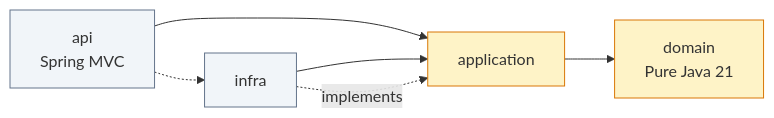
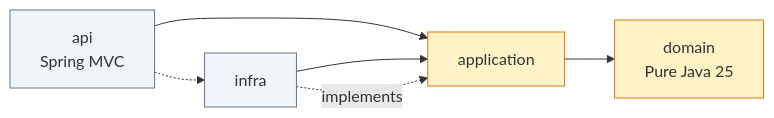
Before and after one commit to OldTemple91/black-mamba: the second of 2 diagrams in README.md, drawn with Mermaid. The commit also changed other lines of this file and 12 other files, not shown here.

````diff
--- a/README.md
+++ b/README.md
@@ -166,13 +166,13 @@
 ```mermaid
 flowchart LR
     api[api<br/>Spring MVC] --> application
-    application --> domain[domain<br/>Pure Java 21]
+    application --> domain[domain<br/>Pure Java 25]
     infra --> application
     infra -.implements.-> application
     api -.-> infra
 
     classDef core fill:#fef3c7,stroke:#d97706
     classDef adapter fill:#f1f5f9,stroke:#64748b
     class domain,application core
     class api,infra adapter
 ```
````
